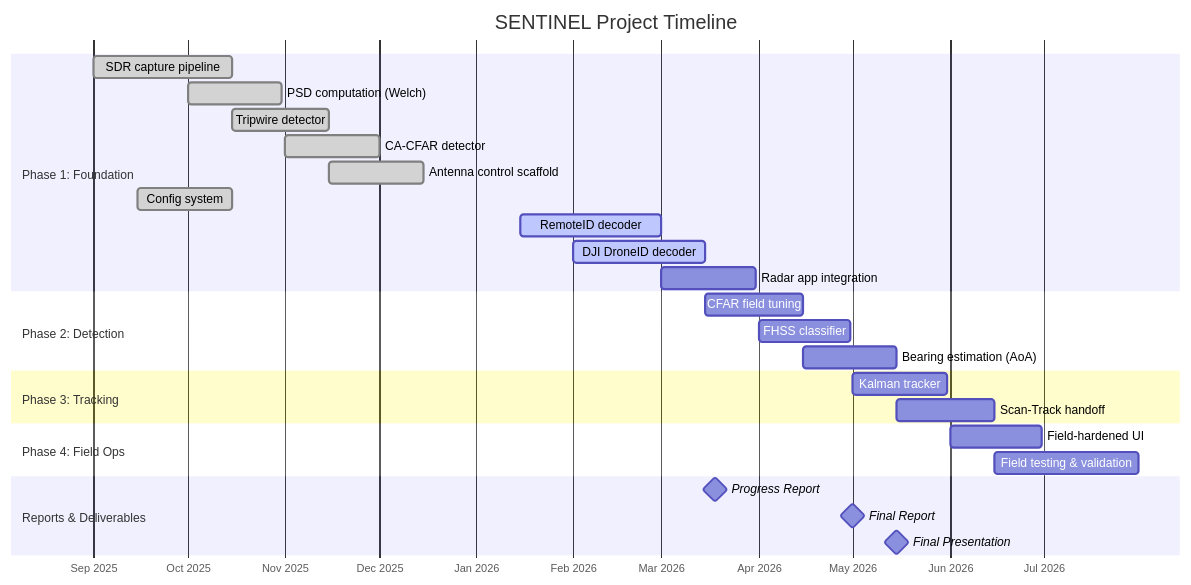
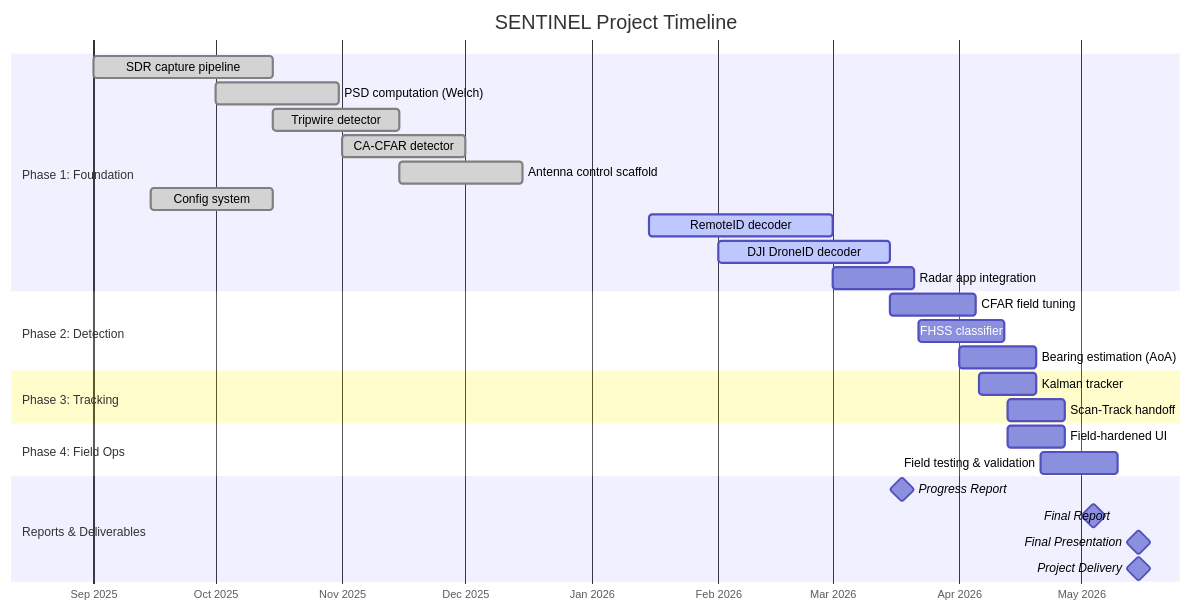
Before and after one commit to sschu48/senior-design: the diagram in report/mermaid_diagrams/mermaid_src/fig7_gantt_chart.mermaid, drawn with Mermaid. The commit also changed 4 other files, not shown here.

Commit message:
docs: update progress report, gantt chart, and add Pugh chart

```diff
--- a/report/mermaid_diagrams/mermaid_src/fig7_gantt_chart.mermaid
+++ b/report/mermaid_diagrams/mermaid_src/fig7_gantt_chart.mermaid
@@ -1,33 +1,34 @@
 gantt
     title SENTINEL Project Timeline
     dateFormat  YYYY-MM-DD
     axisFormat  %b %Y
 
     section Phase 1: Foundation
     SDR capture pipeline          :done, p1a, 2025-09-01, 2025-10-15
     PSD computation (Welch)       :done, p1b, 2025-10-01, 2025-10-31
     Tripwire detector             :done, p1c, 2025-10-15, 2025-11-15
     CA-CFAR detector              :done, p1d, 2025-11-01, 2025-12-01
     Antenna control scaffold      :done, p1e, 2025-11-15, 2025-12-15
     Config system                 :done, p1f, 2025-09-15, 2025-10-15
     RemoteID decoder              :active, p1g, 2026-01-15, 2026-03-01
     DJI DroneID decoder           :active, p1h, 2026-02-01, 2026-03-15
-    Radar app integration         :p1i, 2026-03-01, 2026-03-31
+    Radar app integration         :p1i, 2026-03-01, 2026-03-21
 
     section Phase 2: Detection
-    CFAR field tuning             :p2a, 2026-03-15, 2026-04-15
-    FHSS classifier               :p2b, 2026-04-01, 2026-04-30
-    Bearing estimation (AoA)      :p2c, 2026-04-15, 2026-05-15
+    CFAR field tuning             :p2a, 2026-03-15, 2026-04-05
+    FHSS classifier               :p2b, 2026-03-22, 2026-04-12
+    Bearing estimation (AoA)      :p2c, 2026-04-01, 2026-04-20
 
     section Phase 3: Tracking
-    Kalman tracker                :p3a, 2026-05-01, 2026-05-31
-    Scan-Track handoff            :p3b, 2026-05-15, 2026-06-15
+    Kalman tracker                :p3a, 2026-04-06, 2026-04-20
+    Scan-Track handoff            :p3b, 2026-04-13, 2026-04-27
 
     section Phase 4: Field Ops
-    Field-hardened UI             :p4a, 2026-06-01, 2026-06-30
-    Field testing & validation    :p4b, 2026-06-15, 2026-07-31
+    Field-hardened UI             :p4a, 2026-04-13, 2026-04-27
+    Field testing & validation    :p4b, 2026-04-21, 2026-05-10
 
     section Reports & Deliverables
     Progress Report               :milestone, m1, 2026-03-18, 0d
-    Final Report                  :milestone, m2, 2026-05-01, 0d
+    Final Report                  :milestone, m2, 2026-05-04, 0d
     Final Presentation            :milestone, m3, 2026-05-15, 0d
+    Project Delivery              :milestone, m4, 2026-05-15, 0d
```
